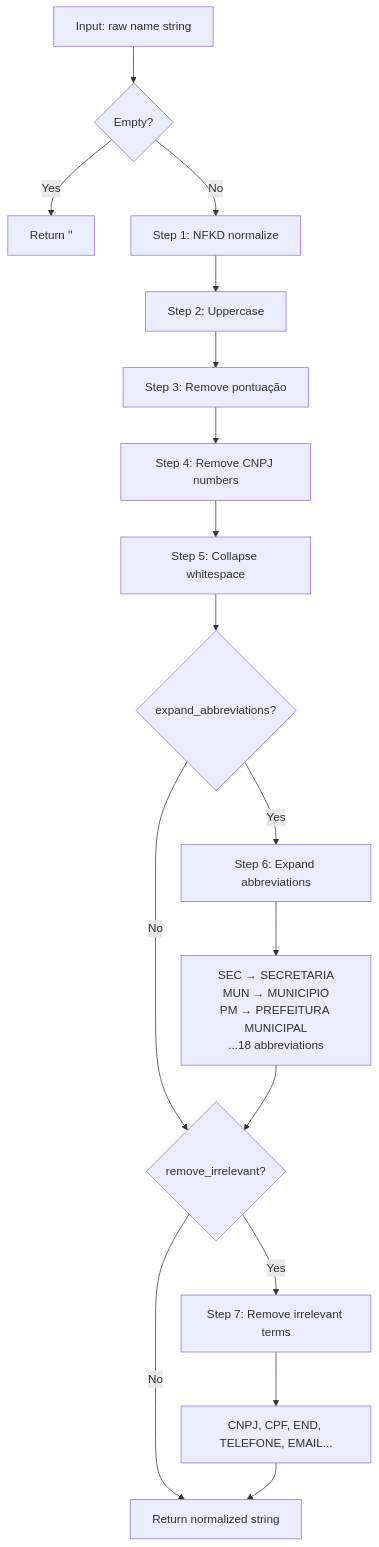
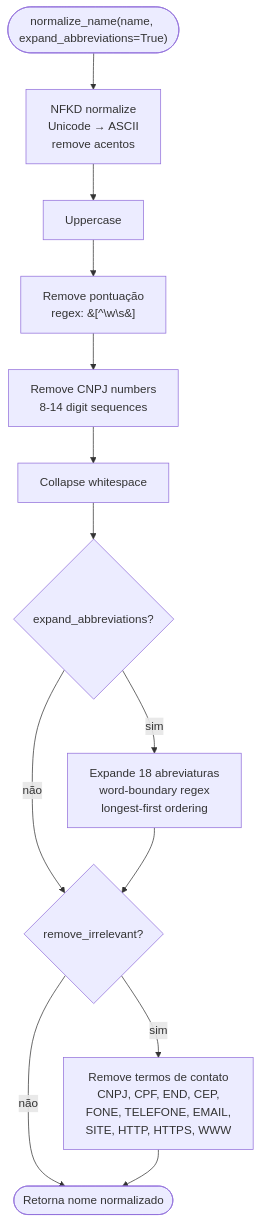
The first of 4 diagrams in _reversa_sdd/flowcharts/lib.md (tjsasakifln/extra-cli), drawn with Mermaid before and after one commit. The commit also changed other lines of this file and 215 other files, not shown here.

````diff
--- a/_reversa_sdd/flowcharts/lib.md
+++ b/_reversa_sdd/flowcharts/lib.md
@@ -9,19 +9,15 @@
 ```mermaid
 flowchart TD
-    A[Input: raw name string] --> B{Empty?}
-    B -->|Yes| C[Return '']
-    B -->|No| D[Step 1: NFKD normalize]
-    D --> E[Step 2: Uppercase]
-    E --> F[Step 3: Remove pontuação]
-    F --> G[Step 4: Remove CNPJ numbers]
-    G --> H[Step 5: Collapse whitespace]
-    H --> I{expand_abbreviations?}
-    I -->|Yes| J[Step 6: Expand abbreviations]
-    J --> K[SEC → SECRETARIA<br>MUN → MUNICIPIO<br>PM → PREFEITURA MUNICIPAL<br>...18 abbreviations]
-    I -->|No| L
-    K --> L{remove_irrelevant?}
-    L -->|Yes| M[Step 7: Remove irrelevant terms]
-    M --> N[CNPJ, CPF, END, TELEFONE, EMAIL...]
-    L -->|No| O
-    N --> O[Return normalized string]
+    START(["normalize_name(name, expand_abbreviations=True)"]) --> NFKD[NFKD normalize<br/>Unicode → ASCII<br/>remove acentos]
+    NFKD --> UPPER[Uppercase]
+    UPPER --> PUNCT[Remove pontuação<br/>regex: &#91;^\w\s&#93;]
+    PUNCT --> CNPJ[Remove CNPJ numbers<br/>8-14 digit sequences]
+    CNPJ --> SPACE[Collapse whitespace]
+    SPACE --> EXPAND{expand_abbreviations?}
+    EXPAND -->|sim| ABBREV[Expande 18 abreviaturas<br/>word-boundary regex<br/>longest-first ordering]
+    EXPAND -->|não| IRRELEVANT
+    ABBREV --> IRRELEVANT{remove_irrelevant?}
+    IRRELEVANT -->|sim| STRIP[Remove termos de contato<br/>CNPJ, CPF, END, CEP,<br/>FONE, TELEFONE, EMAIL,<br/>SITE, HTTP, HTTPS, WWW]
+    IRRELEVANT -->|não| END
+    STRIP --> END(["Retorna nome normalizado"])
 ```
````
